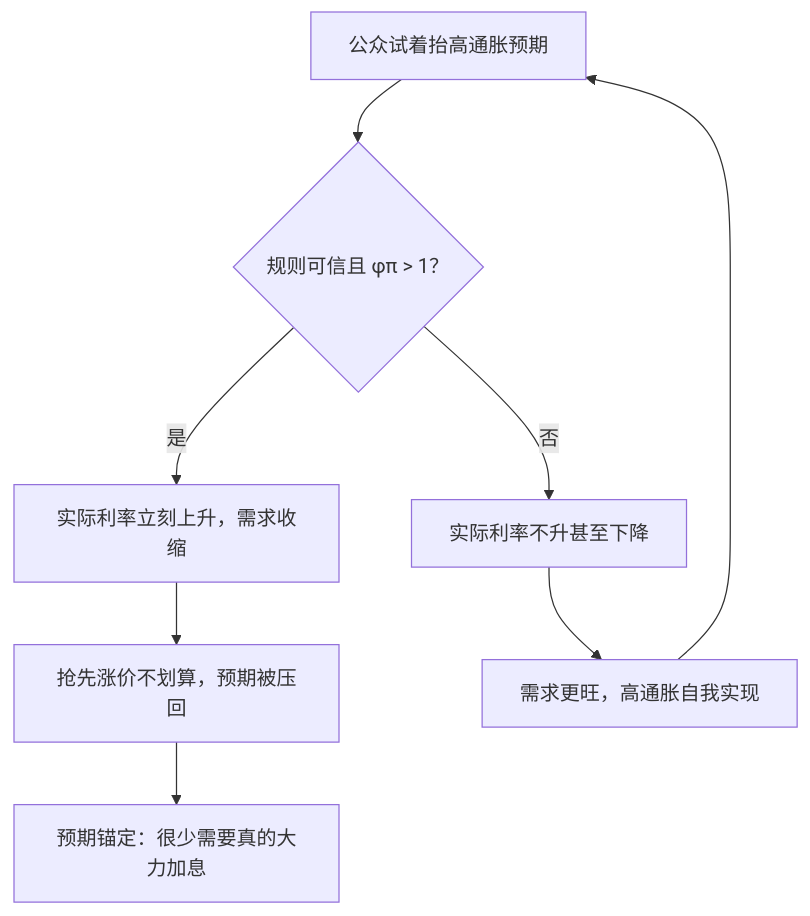
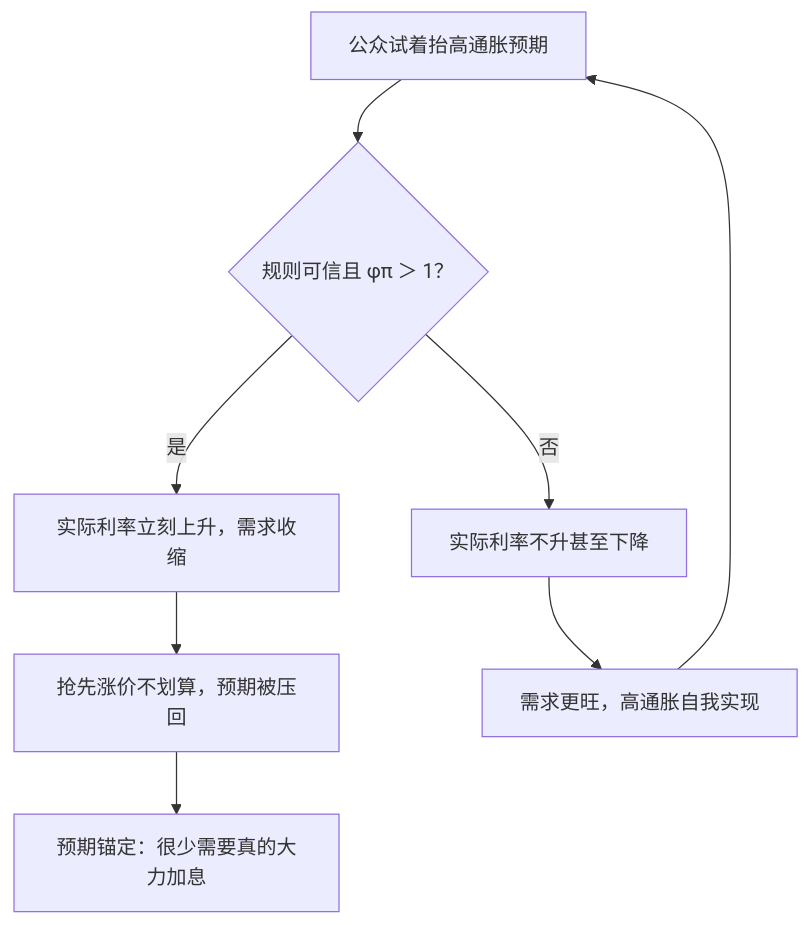
One commit to xhongduo-tech/xhongduo-tech.github.io changed the second of 2 diagrams in docs/econ/taylor-principle.md. Above: the diagram before and after it, drawn with Mermaid. The commit also changed other lines of this file and 291 other files, not shown here.

Commit message:
Normalize lesson titles to tree names and repair mermaid arrow/quote syntax site-wide.

````diff
--- a/docs/econ/taylor-principle.md
+++ b/docs/econ/taylor-principle.md
@@ -57,10 +57,10 @@
 ```mermaid
 flowchart TD
-  E["公众试着抬高通胀预期"] --> FB{"规则可信且 φπ > 1？"}
+  E["公众试着抬高通胀预期"] --> FB{"规则可信且 φπ ＞ 1？"}
   FB -->|"是"| HI["实际利率立刻上升，需求收缩"]
   HI --> BACK["抢先涨价不划算，预期被压回"]
   BACK --> ANCHOR["预期锚定：很少需要真的大力加息"]
   FB -->|"否"| WEAK["实际利率不升甚至下降"]
   WEAK --> MORE["需求更旺，高通胀自我实现"]
   MORE --> E
 ```
````
